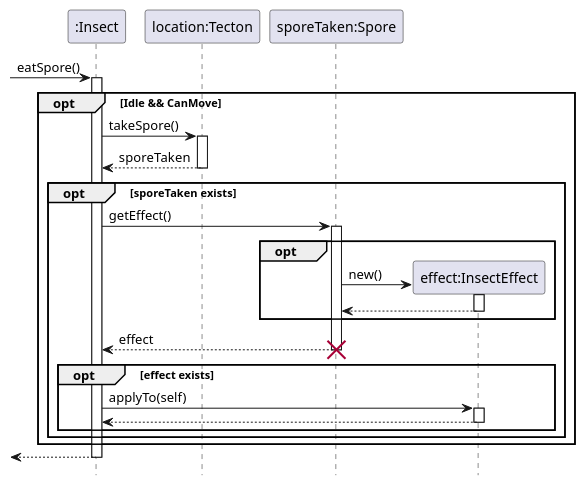
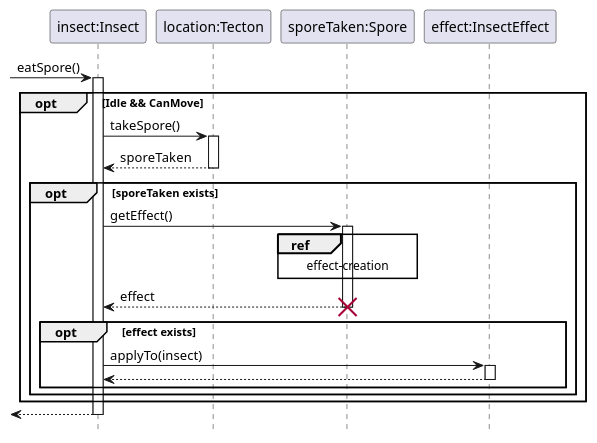
Before and after one commit to ZD4ve/projlab-error521: the diagram in Insect/eat-spore.pu, drawn with PlantUML. The commit also changed 9 other files, not shown here.

Commit message:
Insect and InsectEffect done

```diff
--- a/Insect/eat-spore.pu
+++ b/Insect/eat-spore.pu
@@ -1,42 +1,44 @@
 @startuml Insect/eat-spore
 hide footbox
 
-participant ":Insect" as insect
+participant "insect:Insect" as insect
 participant "location:Tecton" as location
 participant "sporeTaken:Spore" as sporeTaken
 participant "effect:InsectEffect" as effect
 
 -> insect : eatSpore()
 activate insect
 
 opt Idle && CanMove
     insect -> location : takeSpore()
     activate location
     return sporeTaken
 
     opt sporeTaken exists
         insect -> sporeTaken : getEffect()
         activate sporeTaken
 
-        opt
-            create effect
+        ref over sporeTaken
+            effect-creation
+        end ref
+        /'    create effect
             sporeTaken -> effect : new()
             activate effect
             return
-        end
+        end'/
 
         return effect
         destroy sporeTaken
 
         opt effect exists
-            insect -> effect : applyTo(self)
+            insect -> effect : applyTo(insect)
             activate effect
             return
         end
     end
 end
 
 <-- insect
 deactivate insect
 
 @enduml
```
